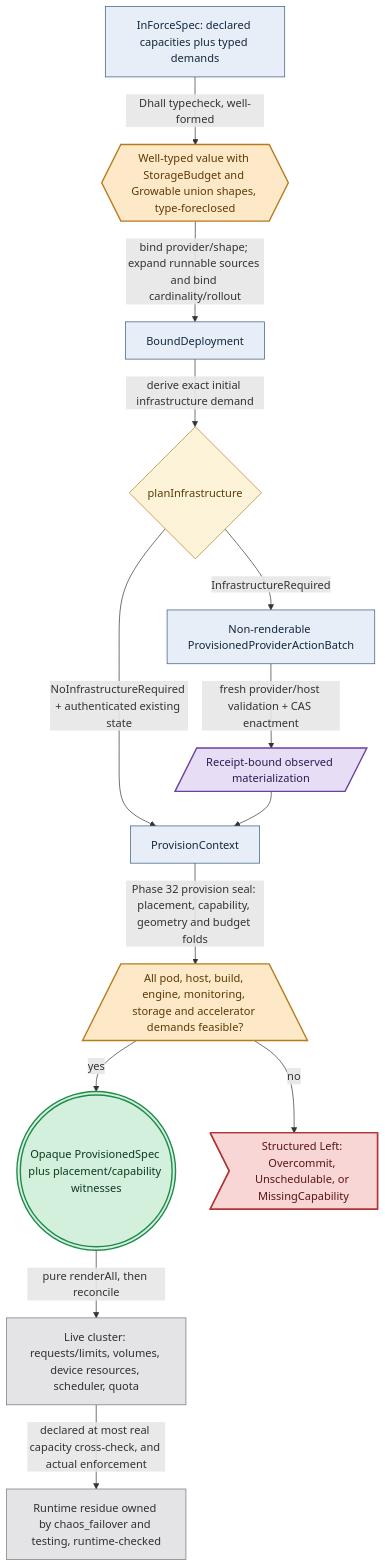
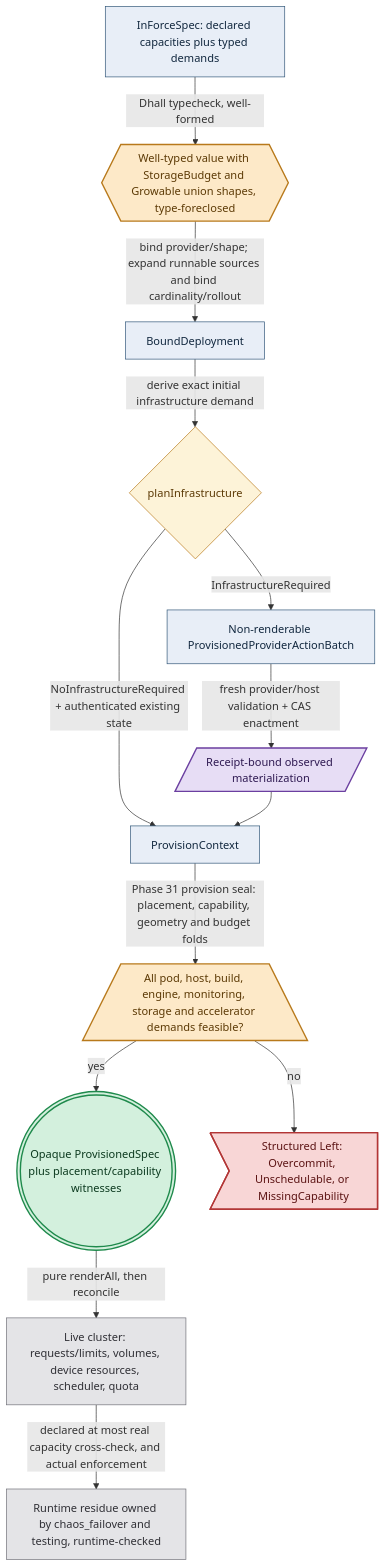
The diagram in documents/engineering/resource_capacity_doctrine.md (Tuee22/amoebius), drawn with Mermaid before and after one commit. The commit also changed other lines of this file and 584 other files, not shown here.

````diff
--- a/documents/engineering/resource_capacity_doctrine.md
+++ b/documents/engineering/resource_capacity_doctrine.md
@@ -180,23 +180,23 @@
 ```mermaid
 flowchart TD
 %% register: algebra
   spec["InForceSpec: declared capacities plus typed demands"]:::intent -->|Dhall typecheck, well-formed| typed{{"Well-typed value with StorageBudget and Growable union shapes, type-foreclosed"}}:::gate
   typed -->|bind provider/shape; expand runnable sources and bind cardinality/rollout| bound["BoundDeployment"]:::intent
   bound -->|derive exact initial infrastructure demand| infra{"planInfrastructure"}:::decision
   infra -->|NoInfrastructureRequired + authenticated existing state| context["ProvisionContext"]:::intent
   infra -->|InfrastructureRequired| batch["Non-renderable ProvisionedProviderActionBatch"]:::intent
   batch -->|fresh provider/host validation + CAS enactment| receipt[/"Receipt-bound observed materialization"/]:::effect
   receipt --> context
-  context -->|Phase 32 provision seal: placement, capability, geometry and budget folds| fold[/"All pod, host, build, engine, monitoring, storage and accelerator demands feasible?"\]:::gate
+  context -->|Phase 31 provision seal: placement, capability, geometry and budget folds| fold[/"All pod, host, build, engine, monitoring, storage and accelerator demands feasible?"\]:::gate
   fold -->|yes| ir((("Opaque ProvisionedSpec plus placement/capability witnesses"))):::seal
   fold -->|no| reject>"Structured Left: Overcommit, Unschedulable, or MissingCapability"]:::refuse
   ir -->|pure renderAll, then reconcile| runtime["Live cluster: requests/limits, volumes, device resources, scheduler, quota"]:::runtime
   runtime -->|declared at most real capacity cross-check, and actual enforcement| runtime-checked["Runtime residue owned by chaos_failover and testing, runtime-checked"]:::runtime
   classDef intent   fill:#e8eef7,stroke:#33587a,color:#12283f,stroke-width:1px
   classDef gate     fill:#fde9c8,stroke:#b8791b,color:#5c3a06,stroke-width:2px
   classDef decision fill:#fdf3d8,stroke:#b8791b,color:#5c3a06,stroke-width:1px
   classDef effect   fill:#e7ddf5,stroke:#6b3fa0,color:#2f1a52,stroke-width:2px
   classDef seal     fill:#d3f0dd,stroke:#1f8a4c,color:#0c3a1f,stroke-width:2px
   classDef refuse   fill:#f8d6d6,stroke:#b23636,color:#5c1414,stroke-width:2px
   classDef runtime  fill:#e4e4e7,stroke:#71717a,color:#2f2f35,stroke-width:1px
 ```
````
